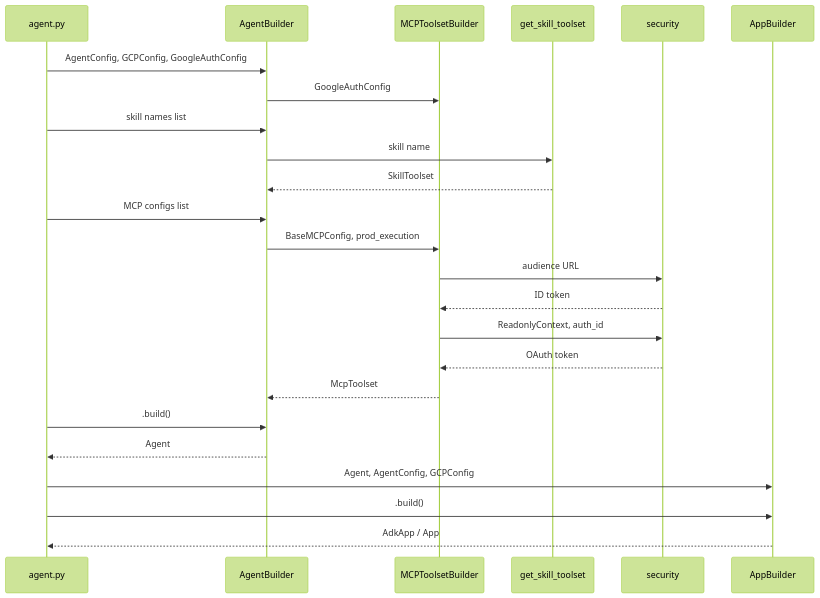
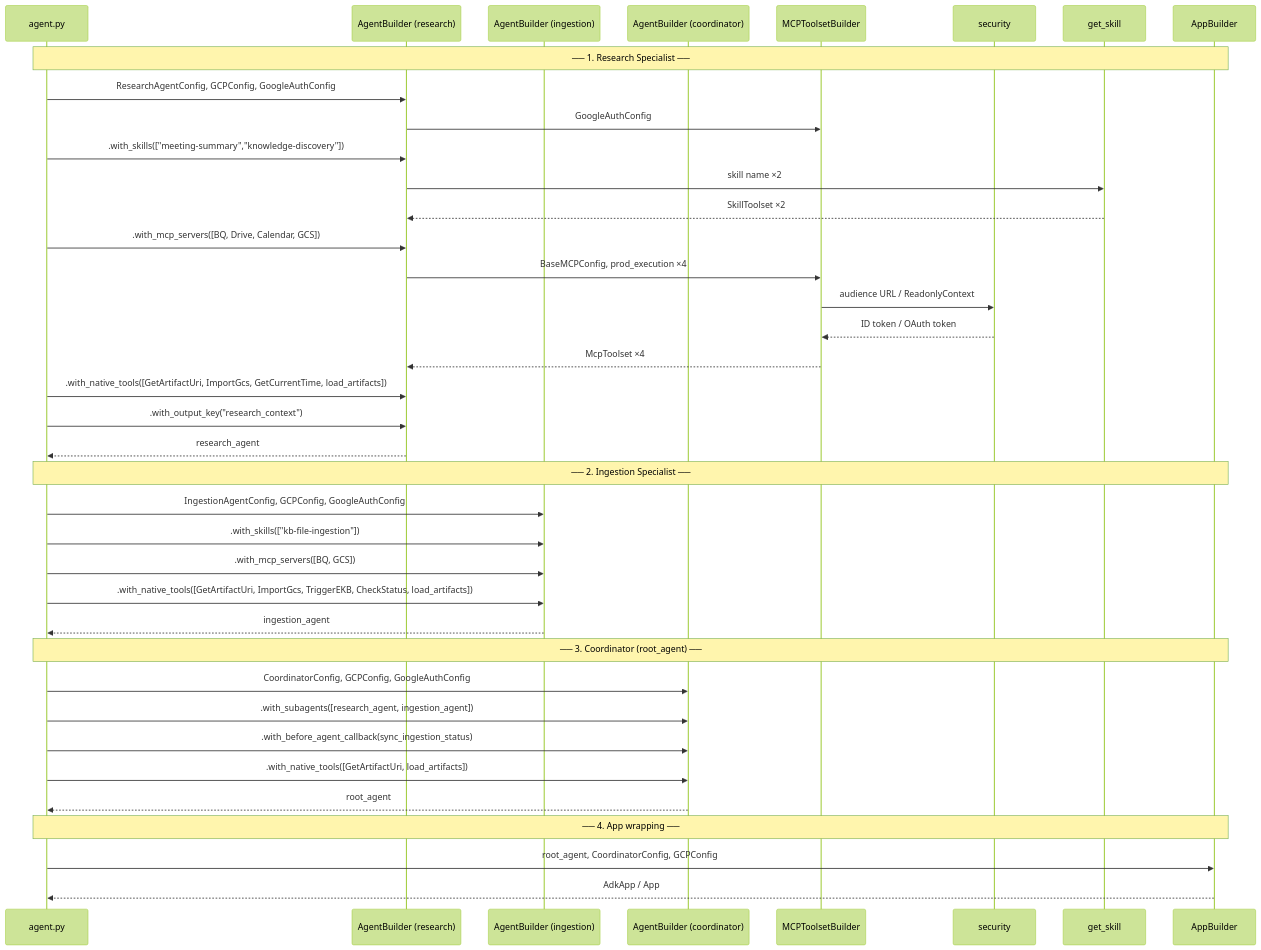
The first of 2 diagrams in agent/core_agent/README.md (eamadorm-endava/Research-Agent), drawn with Mermaid (forest theme) before and after one commit. The commit also changed other lines of this file, not shown here.

Commit message:
Update README of the core_agent module

````diff
--- a/agent/core_agent/README.md
+++ b/agent/core_agent/README.md
@@ -73,20 +78,44 @@
 ```mermaid
 sequenceDiagram
-    agent.py->>AgentBuilder: AgentConfig, GCPConfig, GoogleAuthConfig
-    AgentBuilder->>MCPToolsetBuilder: GoogleAuthConfig
-    agent.py->>AgentBuilder: skill names list
-    AgentBuilder->>get_skill_toolset: skill name
-    get_skill_toolset-->>AgentBuilder: SkillToolset
-    agent.py->>AgentBuilder: MCP configs list
-    AgentBuilder->>MCPToolsetBuilder: BaseMCPConfig, prod_execution
-    MCPToolsetBuilder->>security: audience URL
-    security-->>MCPToolsetBuilder: ID token
-    MCPToolsetBuilder->>security: ReadonlyContext, auth_id
-    security-->>MCPToolsetBuilder: OAuth token
-    MCPToolsetBuilder-->>AgentBuilder: McpToolset
-    agent.py->>AgentBuilder: .build()
-    AgentBuilder-->>agent.py: Agent
-    agent.py->>AppBuilder: Agent, AgentConfig, GCPConfig
-    agent.py->>AppBuilder: .build()
-    AppBuilder-->>agent.py: AdkApp / App
+    participant ap as agent.py
+    participant rb as AgentBuilder (research)
+    participant ib as AgentBuilder (ingestion)
+    participant cb as AgentBuilder (coordinator)
+    participant mcp as MCPToolsetBuilder
+    participant sec as security
+    participant sf as get_skill
+    participant ab as AppBuilder
+
+    Note over ap,ab: ── 1. Research Specialist ──
+    ap->>rb: ResearchAgentConfig, GCPConfig, GoogleAuthConfig
+    rb->>mcp: GoogleAuthConfig
+    ap->>rb: .with_skills(["meeting-summary","knowledge-discovery"])
+    rb->>sf: skill name ×2
+    sf-->>rb: SkillToolset ×2
+    ap->>rb: .with_mcp_servers([BQ, Drive, Calendar, GCS])
+    rb->>mcp: BaseMCPConfig, prod_execution ×4
+    mcp->>sec: audience URL / ReadonlyContext
+    sec-->>mcp: ID token / OAuth token
+    mcp-->>rb: McpToolset ×4
+    ap->>rb: .with_native_tools([GetArtifactUri, ImportGcs, GetCurrentTime, load_artifacts])
+    ap->>rb: .with_output_key("research_context")
+    rb-->>ap: research_agent
+
+    Note over ap,ab: ── 2. Ingestion Specialist ──
+    ap->>ib: IngestionAgentConfig, GCPConfig, GoogleAuthConfig
+    ap->>ib: .with_skills(["kb-file-ingestion"])
+    ap->>ib: .with_mcp_servers([BQ, GCS])
+    ap->>ib: .with_native_tools([GetArtifactUri, ImportGcs, TriggerEKB, CheckStatus, load_artifacts])
+    ib-->>ap: ingestion_agent
+
+    Note over ap,ab: ── 3. Coordinator (root_agent) ──
+    ap->>cb: CoordinatorConfig, GCPConfig, GoogleAuthConfig
+    ap->>cb: .with_subagents([research_agent, ingestion_agent])
+    ap->>cb: .with_before_agent_callback(sync_ingestion_status)
+    ap->>cb: .with_native_tools([GetArtifactUri, load_artifacts])
+    cb-->>ap: root_agent
+
+    Note over ap,ab: ── 4. App wrapping ──
+    ap->>ab: root_agent, CoordinatorConfig, GCPConfig
+    ab-->>ap: AdkApp / App
 ```
````
